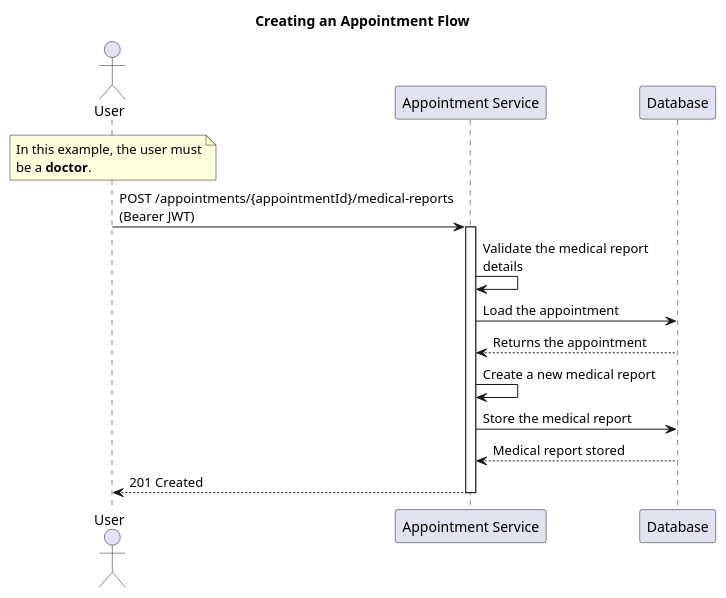
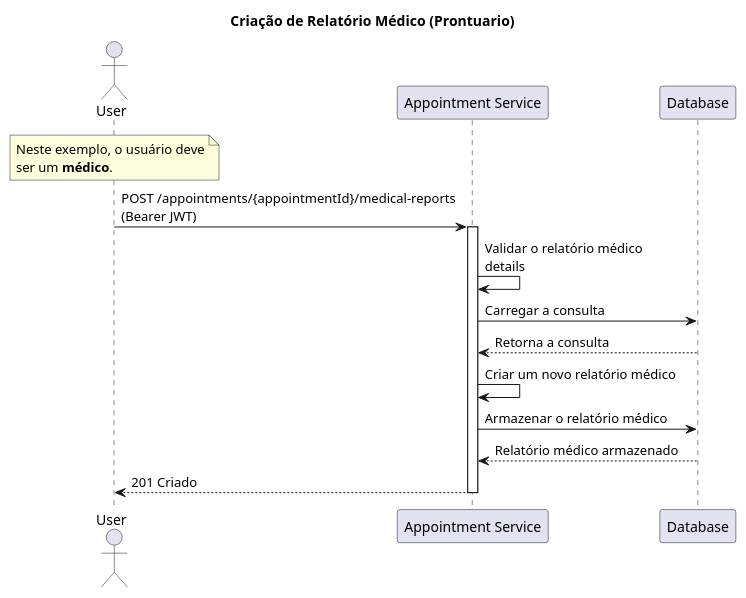
One commit to jfelipearaujo-healthmed/appointment-service changed the diagram in docs/create_medical_report.puml. Above: the diagram before and after it, drawn with PlantUML. The commit also changed 20 other files, not shown here.

```diff
--- a/docs/create_medical_report.puml
+++ b/docs/create_medical_report.puml
@@ -1,26 +1,26 @@
 @startuml create_medical_report
 
-title Creating an Appointment Flow
+title Criação de Relatório Médico (Prontuario)
 
 actor "User" as user
 participant "Appointment Service" as appointment_service
 participant "Database" as database
 
 note over user
-In this example, the user must
-be a **doctor**.
+Neste exemplo, o usuário deve
+ser um **médico**.
 end note
 
 user -> appointment_service: POST /appointments/{appointmentId}/medical-reports\n(Bearer JWT)
 
 activate appointment_service
-appointment_service -> appointment_service: Validate the medical report\ndetails
-appointment_service -> database: Load the appointment
-database --> appointment_service: Returns the appointment
-appointment_service -> appointment_service: Create a new medical report
-appointment_service -> database: Store the medical report
-database --> appointment_service: Medical report stored
-appointment_service --> user: 201 Created
+appointment_service -> appointment_service: Validar o relatório médico\ndetails
+appointment_service -> database: Carregar a consulta
+database --> appointment_service: Retorna a consulta
+appointment_service -> appointment_service: Criar um novo relatório médico
+appointment_service -> database: Armazenar o relatório médico
+database --> appointment_service: Relatório médico armazenado
+appointment_service --> user: 201 Criado
 deactivate appointment_service
 
 @enduml
```
